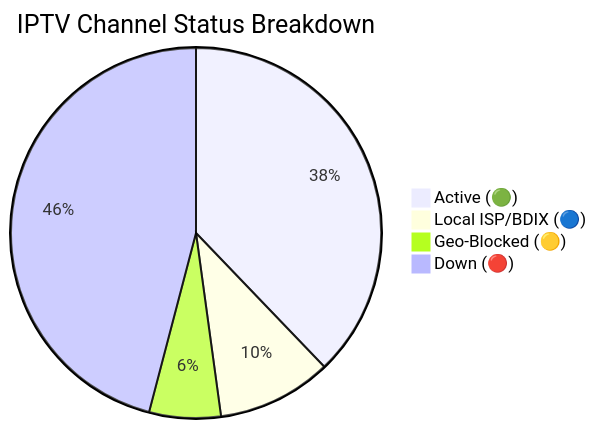
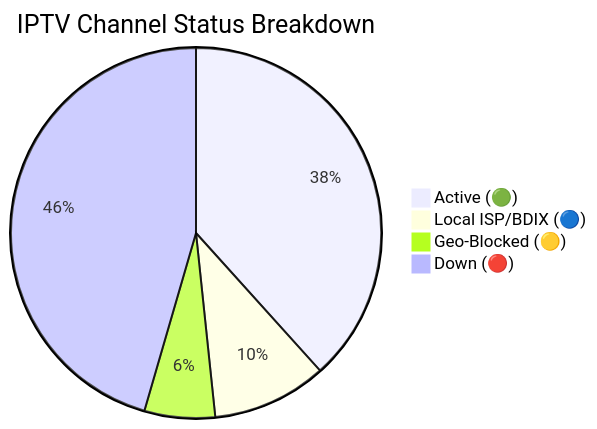
One commit to andreataylord/Ip-tv-Collection changed the diagram in README.md. Above: the diagram before and after it, drawn with Mermaid. The commit also changed other lines of this file and 3 other files, not shown here.

````diff
--- a/README.md
+++ b/README.md
@@ -59,7 +59,7 @@
 ```mermaid
 pie title IPTV Channel Status Breakdown
-    "Active (🟢)" : 2979
-    "Local ISP/BDIX (🔵)" : 788
-    "Geo-Blocked (🟡)" : 492
-    "Down (🔴)" : 3616
+    "Active (🟢)" : 3028
+    "Local ISP/BDIX (🔵)" : 791
+    "Geo-Blocked (🟡)" : 487
+    "Down (🔴)" : 3595
 ```
````
